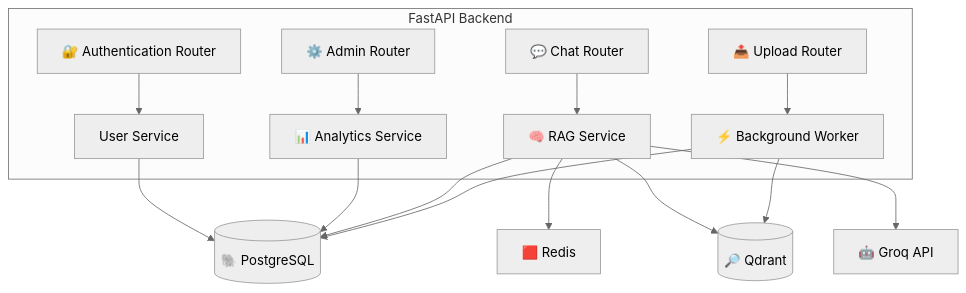
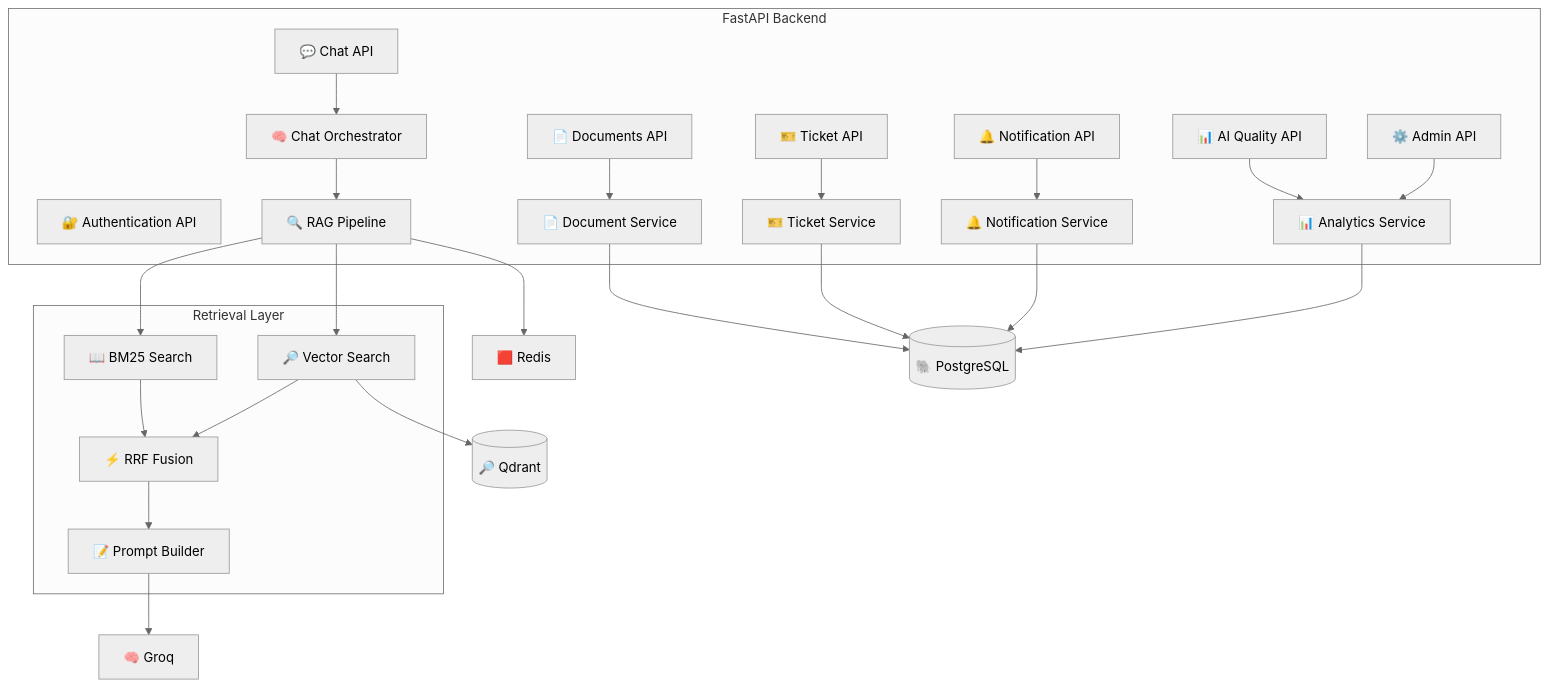
One commit to Prithunandananks/SupportAI changed the third of 30 diagrams in support_ai_project_architecture.md. Above: the diagram before and after it, drawn with Mermaid (neutral theme). The commit also changed other lines of this file, not shown here.

````diff
--- a/support_ai_project_architecture.md
+++ b/support_ai_project_architecture.md
@@ -232,21 +694,43 @@
 
 subgraph FastAPI["FastAPI Backend"]
 
-Auth["🔐 Authentication Router"]
+Auth["🔐 Authentication API"]
 
-Chat["💬 Chat Router"]
+Chat["💬 Chat API"]
 
-Upload["📤 Upload Router"]
+Documents["📄 Documents API"]
 
-Admin["⚙️ Admin Router"]
+Tickets["🎫 Ticket API"]
 
-UserService["User Service"]
+Notifications["🔔 Notification API"]
 
-RAG["🧠 RAG Service"]
+Quality["📊 AI Quality API"]
 
-Analytics["📊 Analytics Service"]
+Admin["⚙️ Admin API"]
 
-Background["⚡ Background Worker"]
+ChatOrchestrator["🧠 Chat Orchestrator"]
+
+RAGPipeline["🔍 RAG Pipeline"]
+
+TicketService["🎫 Ticket Service"]
+
+NotificationService["🔔 Notification Service"]
+
+AnalyticsService["📊 Analytics Service"]
+
+DocumentService["📄 Document Service"]
+
+end
+
+subgraph Retrieval["Retrieval Layer"]
+
+BM25["📖 BM25 Search"]
+
+Vector["🔎 Vector Search"]
+
+Fusion["⚡ RRF Fusion"]
+
+Prompt["📝 Prompt Builder"]
 
 end
 
@@ -256,25 +740,43 @@
 
 Qdrant[("🔎 Qdrant")]
 
-Groq["🤖 Groq API"]
+Groq["🧠 Groq"]
 
-Auth --> UserService
+Chat --> ChatOrchestrator
 
-Chat --> RAG
+ChatOrchestrator --> RAGPipeline
 
-Upload --> Background
+RAGPipeline --> BM25
 
-Admin --> Analytics
+RAGPipeline --> Vector
 
-UserService --> Postgres
+BM25 --> Fusion
 
-Analytics --> Postgres
+Vector --> Fusion
 
-RAG --> Redis
-RAG --> Postgres
-RAG --> Qdrant
-RAG --> Groq
+Fusion --> Prompt
 
-Background --> Postgres
-Background --> Qdrant
+Prompt --> Groq
+
+Documents --> DocumentService
+
+Tickets --> TicketService
+
+Notifications --> NotificationService
+
+Quality --> AnalyticsService
+
+Admin --> AnalyticsService
+
+DocumentService --> Postgres
+
+TicketService --> Postgres
+
+NotificationService --> Postgres
+
+AnalyticsService --> Postgres
+
+RAGPipeline --> Redis
+
+Vector --> Qdrant
 ```
````
